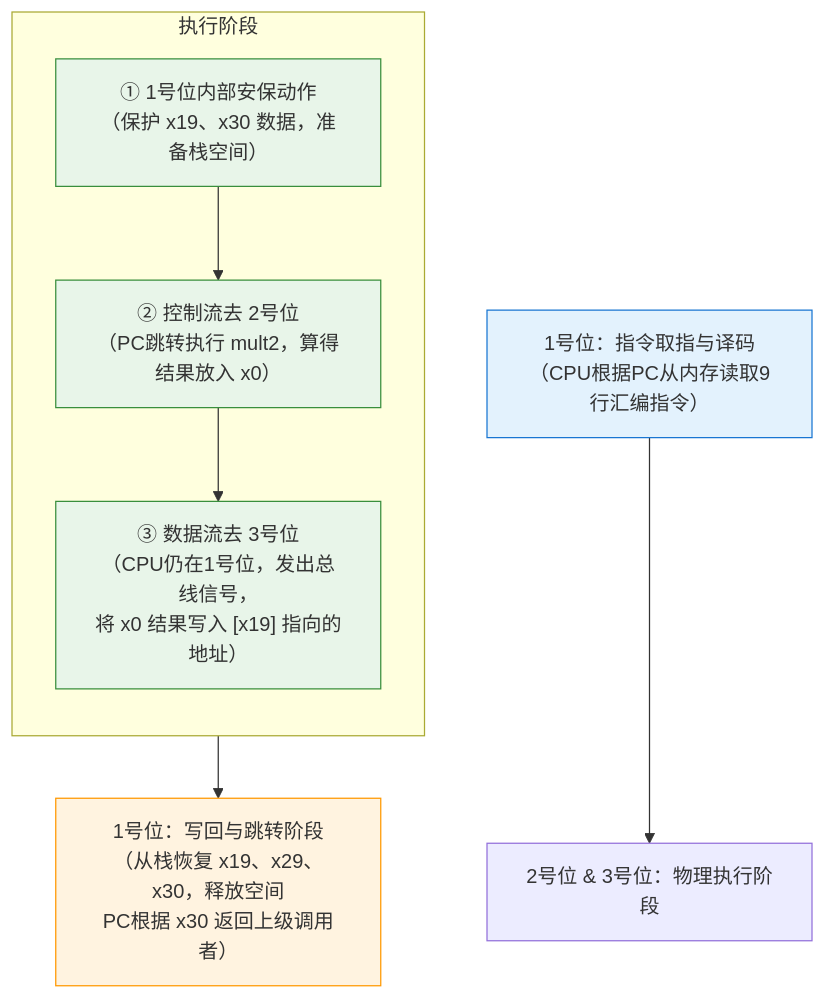
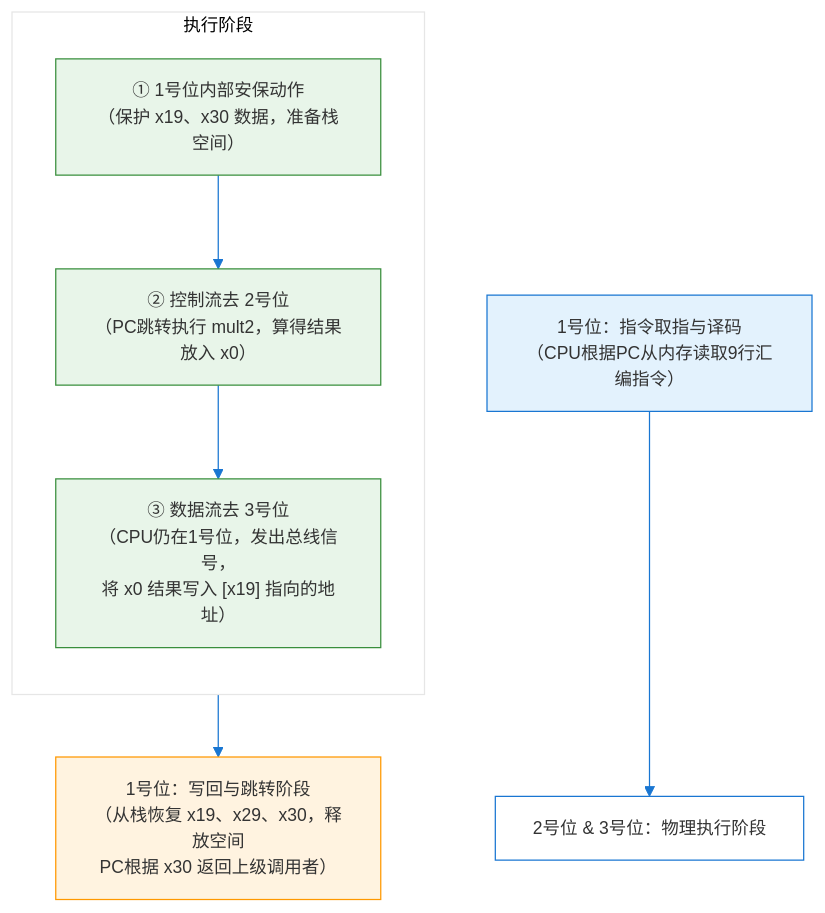
Before and after one commit to Kali-Defender/MyBlog: the diagram in source/_posts/三号理论理解函数调用.md, drawn with Mermaid. The commit also changed 1 other file, not shown here.

Commit message:
优化mermaid图

````diff
--- a/source/_posts/三号理论理解函数调用.md
+++ b/source/_posts/三号理论理解函数调用.md
@@ -133,22 +133,28 @@
 ```mermaid
+%%{init: {'theme': 'base', 'themeVariables': { 
+    'primaryColor': '#ffffff', 
+    'primaryBorderColor': '#1976d2',
+    'lineColor': '#1976d2',
+    'fontSize': '14px' 
+}}}%%
 flowchart TD
     A["1号位：指令取指与译码<br>（CPU根据PC从内存读取9行汇编指令）"] --> B["2号位 & 3号位：物理执行阶段"]
     
     subgraph 执行阶段
         direction TB
         B1["① 1号位内部安保动作<br>（保护 x19、x30 数据，准备栈空间）"]
         B2["② 控制流去 2号位<br>（PC跳转执行 mult2，算得结果放入 x0）"]
         B3["③ 数据流去 3号位<br>（CPU仍在1号位，发出总线信号，<br>将 x0 结果写入 [x19] 指向的地址）"]
         B1 --> B2 --> B3
     end
 
     B3 --> C["1号位：写回与跳转阶段<br>（从栈恢复 x19、x29、x30，释放空间<br>PC根据 x30 返回上级调用者）"]
 
     classDef one fill:#e3f2fd,stroke:#1976d2;
     classDef execute fill:#e8f5e9,stroke:#388e3c;
     classDef three fill:#fff3e0,stroke:#ff9800;
     
     class A one;
     class B1,B2,B3 execute;
     class C three;
 ```
````
